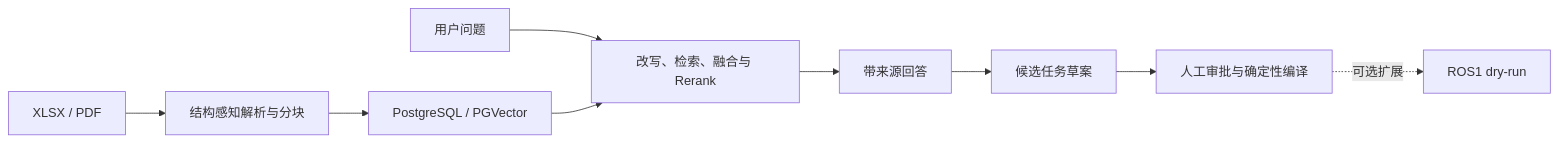
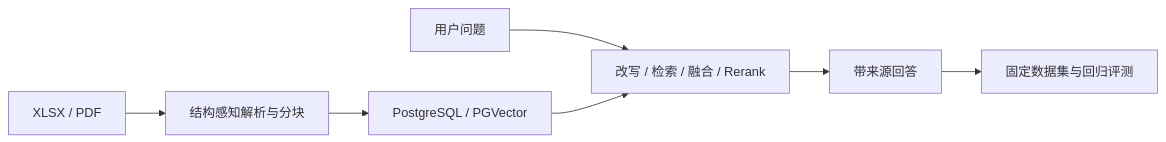
The diagram in README.md (qiyu-lu/ragent), drawn with Mermaid before and after one commit. The commit also changed other lines of this file and 29 other files, not shown here.

````diff
--- a/README.md
+++ b/README.md
@@ -9,11 +7,9 @@
 ```mermaid
 flowchart LR
     A[XLSX / PDF] --> B[结构感知解析与分块]
     B --> C[PostgreSQL / PGVector]
-    Q[用户问题] --> D[改写、检索、融合与 Rerank]
+    Q[用户问题] --> D[改写 / 检索 / 融合 / Rerank]
     C --> D
     D --> E[带来源回答]
-    E --> F[候选任务草案]
-    F --> G[人工审批与确定性编译]
-    G -. 可选扩展 .-> H[ROS1 dry-run]
+    E --> F[固定数据集与回归评测]
 ```
````
